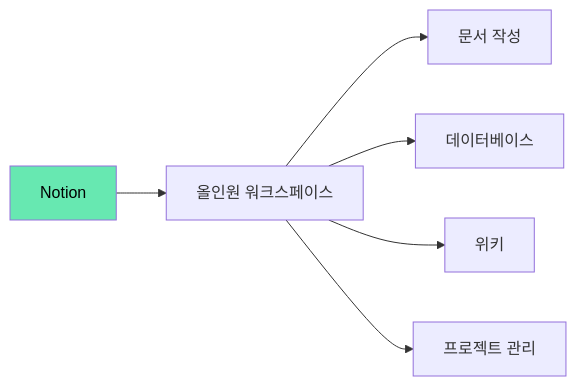
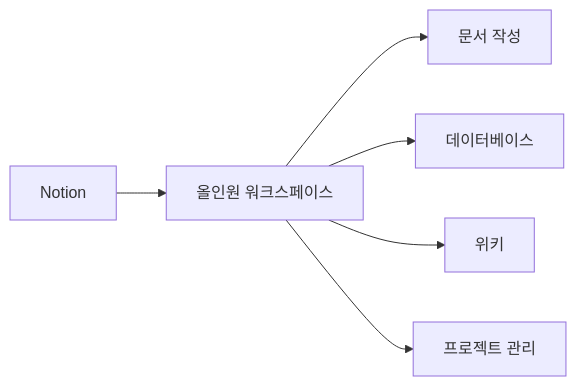
Before and after one commit to nugurejeil/weniVooks: the third of 20 diagrams in _md/genai-notion/chapter06/06-2.md, drawn with Mermaid. The commit also changed other lines of this file and 187 other files, not shown here.

````diff
--- a/_md/genai-notion/chapter06/06-2.md
+++ b/_md/genai-notion/chapter06/06-2.md
@@ -79,11 +80,9 @@
 ```mermaid
 graph LR
     A[Notion] --> B[올인원 워크스페이스]
 
     B --> B1[문서 작성]
     B --> B2[데이터베이스]
     B --> B3[위키]
     B --> B4[프로젝트 관리]
-
-    style A fill:#67E8B1,color:#000
 ```
````
